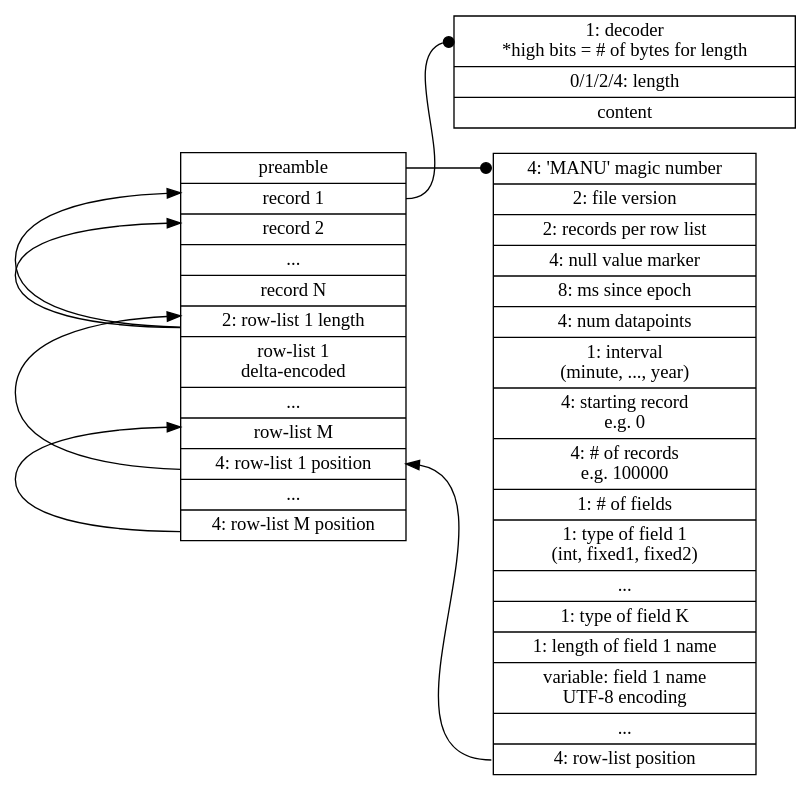
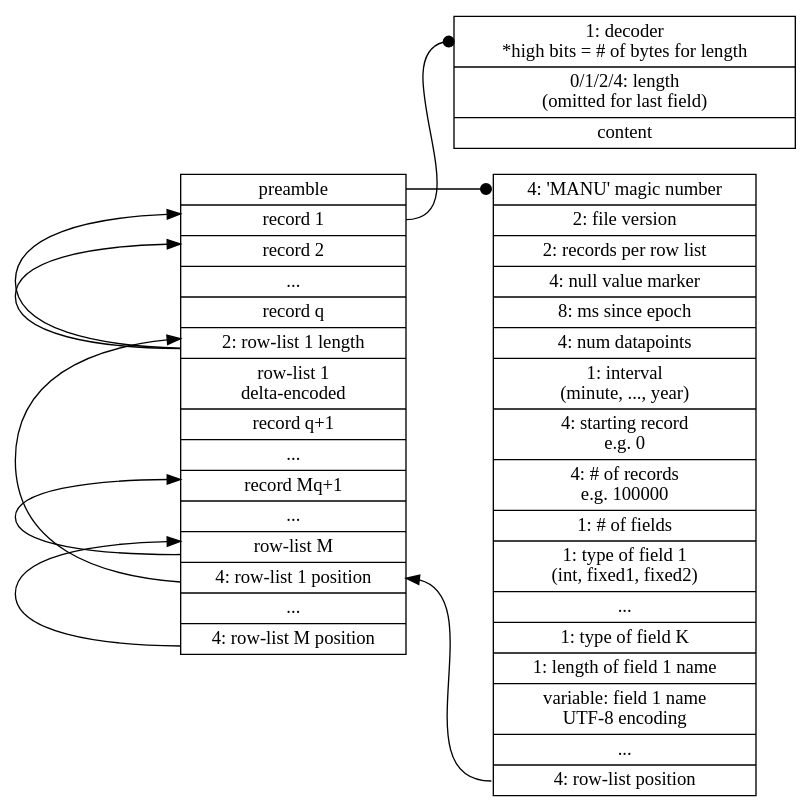
Before and after one commit to cldellow/manu: the diagram in format/format.dot, drawn with Graphviz. The commit also changed 2 other files, not shown here.

```diff
--- a/format/format.dot
+++ b/format/format.dot
@@ -1,55 +1,59 @@
 digraph structs {
   node [shape=record];
   rankdir=LR;
 
   composite [ label ="<preamble> preamble |
   <record1> record 1 |
   <record2> record 2 |
   ... |
-  record N |
+  <recordq> record q |
   <rowlist1>2: row-list 1 length|
   row-list 1\ndelta-encoded |
+  <recordqp1> record q+1 |
+  ... |
+  <recordmqp1> record Mq+1 |
   ... |
   <rowlistm> row-list M |
   <rowlistpos> 4: row-list 1 position |
   ... |
   <rowlistposm> 4: row-list M position
 
   " ];
 
   preamble [ label="<start>
   4: 'MANU' magic number |
   2: file version |
   2: records per row list |
   4: null value marker |
   8: ms since epoch |
   4: num datapoints |
   1: interval\n(minute, ..., year) |
   4: starting record\ne.g. 0 |
   4: # of records\ne.g. 100000 |
   1: # of fields |
   1: type of field 1\n(int, fixed1, fixed2) |
   ... |
   1: type of field K |
   1: length of field 1 name |
   variable: field 1 name\nUTF-8 encoding |
   ... |
   <rowlistpos> 4: row-list position
   " ];
 
   record [ label = "<decoder>1: decoder\n*high bits = # of bytes for length |
-  0/1/2/4: length |
+  0/1/2/4: length\n(omitted for last field) |
   content
   " ];
 
   composite:preamble -> preamble:start [arrowhead=dot];
 
   preamble:rowlistpos -> composite:rowlistpos;
 
   composite:rowlistpos -> composite:rowlist1;
   composite:rowlistposm -> composite:rowlistm;
 
   composite:record1 -> record:decoder [arrowhead=dot];
   composite:rowlist1 -> composite:record1;
   composite:rowlist1 -> composite:record2;
+  composite:rowlistm -> composite:recordmqp1;
 }
```
